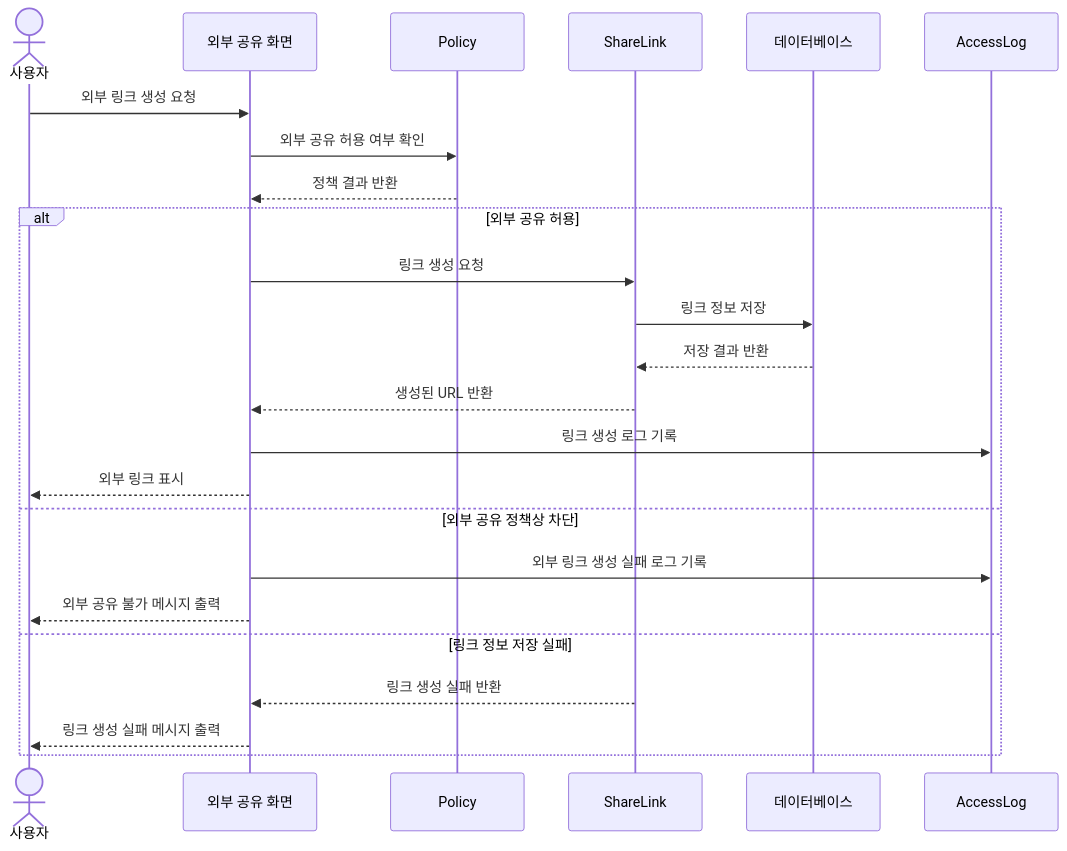
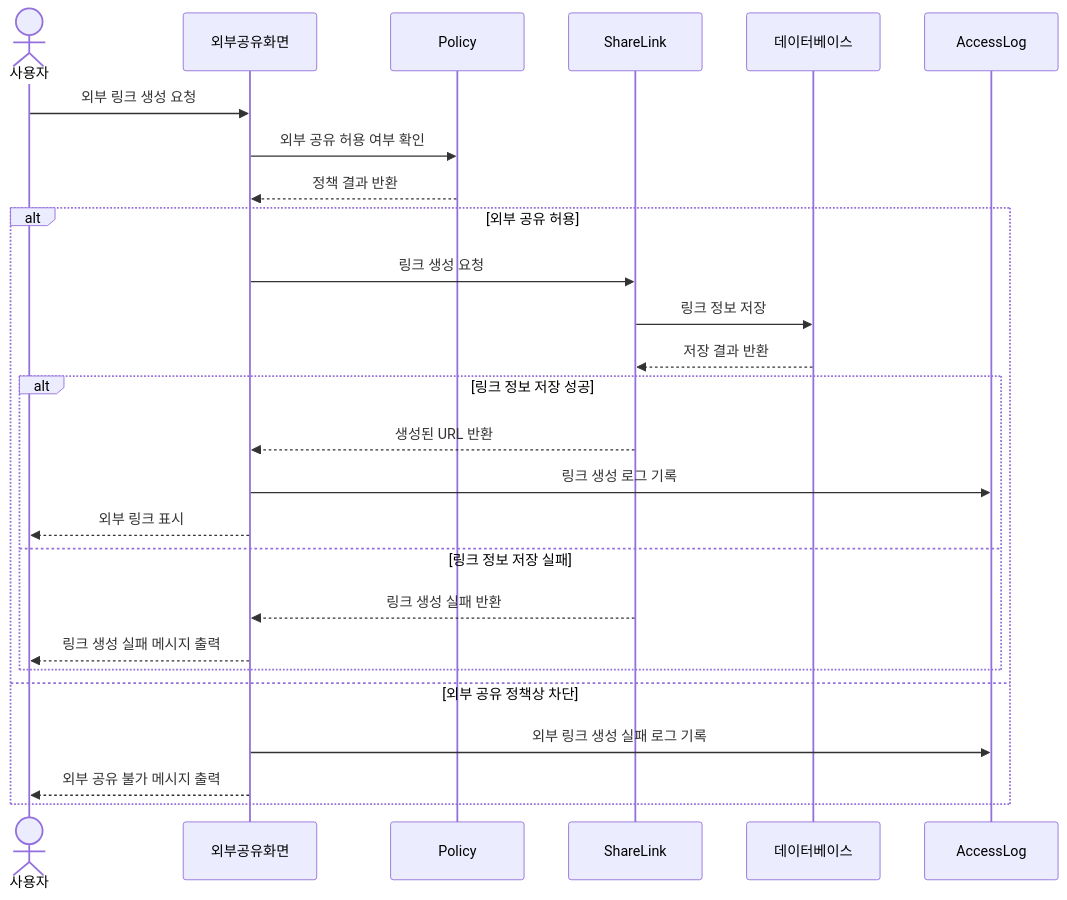
Diagram 12 of 16 in doc/requirements_analysis.md (csharon0218/se), drawn with Mermaid before and after one commit. The commit also changed other lines of this file, not shown here.

````diff
--- a/doc/requirements_analysis.md
+++ b/doc/requirements_analysis.md
@@ -1644,28 +1641,31 @@
 ```mermaid
 sequenceDiagram
     actor User as 사용자
-    participant UI as 외부 공유 화면
-    participant Policy as Policy
-    participant Share as ShareLink
+    participant UI as 외부공유화면
+    participant PolicyObj as Policy
+    participant ShareLinkObj as ShareLink
     participant DB as 데이터베이스
-    participant Log as AccessLog
+    participant AccessLogObj as AccessLog
 
     User->>UI: 외부 링크 생성 요청
-    UI->>Policy: 외부 공유 허용 여부 확인
-    Policy-->>UI: 정책 결과 반환
+    UI->>PolicyObj: 외부 공유 허용 여부 확인
+    PolicyObj-->>UI: 정책 결과 반환
 
     alt 외부 공유 허용
-        UI->>Share: 링크 생성 요청
-        Share->>DB: 링크 정보 저장
-        DB-->>Share: 저장 결과 반환
-        Share-->>UI: 생성된 URL 반환
-        UI->>Log: 링크 생성 로그 기록
-        UI-->>User: 외부 링크 표시
+        UI->>ShareLinkObj: 링크 생성 요청
+        ShareLinkObj->>DB: 링크 정보 저장
+        DB-->>ShareLinkObj: 저장 결과 반환
+
+        alt 링크 정보 저장 성공
+            ShareLinkObj-->>UI: 생성된 URL 반환
+            UI->>AccessLogObj: 링크 생성 로그 기록
+            UI-->>User: 외부 링크 표시
+        else 링크 정보 저장 실패
+            ShareLinkObj-->>UI: 링크 생성 실패 반환
+            UI-->>User: 링크 생성 실패 메시지 출력
+        end
     else 외부 공유 정책상 차단
-        UI->>Log: 외부 링크 생성 실패 로그 기록
+        UI->>AccessLogObj: 외부 링크 생성 실패 로그 기록
         UI-->>User: 외부 공유 불가 메시지 출력
-    else 링크 정보 저장 실패
-        Share-->>UI: 링크 생성 실패 반환
-        UI-->>User: 링크 생성 실패 메시지 출력
     end
 ```
````
